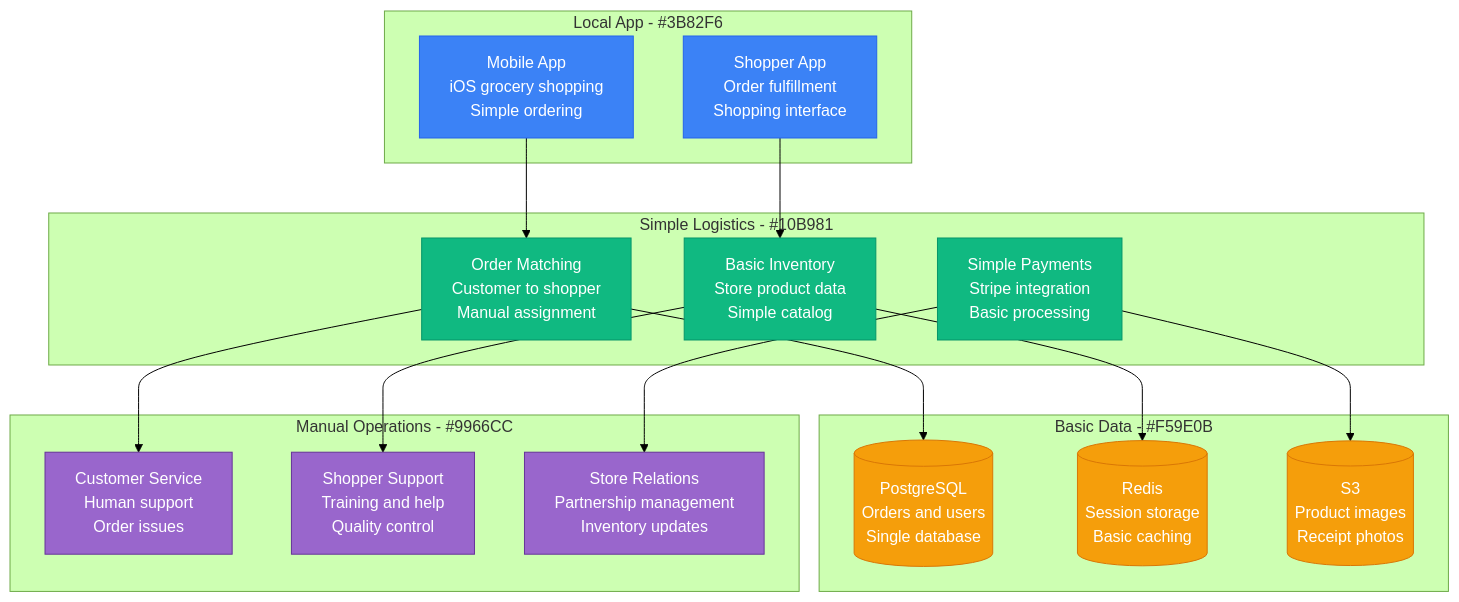
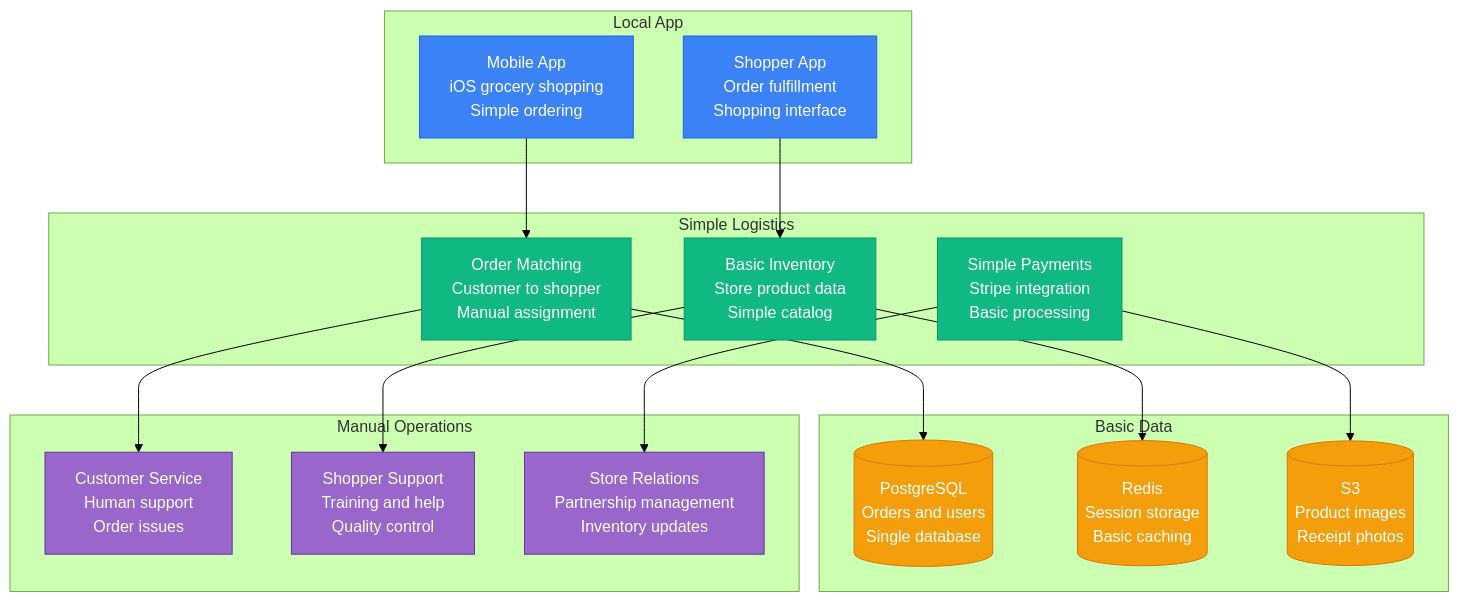
The first of 3 diagrams in site/docs/scaling/instacart-scale-evolution.md (deepaucksharma/DS), drawn with Mermaid (forest theme) before and after one commit. The commit also changed other lines of this file and 169 other files, not shown here.

````diff
--- a/site/docs/scaling/instacart-scale-evolution.md
+++ b/site/docs/scaling/instacart-scale-evolution.md
@@ -18,45 +18,45 @@
 ```mermaid
 graph TB
-    subgraph LocalApp[Local App - #3B82F6]
+    subgraph LocalApp["Local App"]
         MOBILE_APP[Mobile App<br/>iOS grocery shopping<br/>Simple ordering]
         SHOPPER_APP[Shopper App<br/>Order fulfillment<br/>Shopping interface]
     end
 
-    subgraph SimpleLogistics[Simple Logistics - #10B981]
+    subgraph SimpleLogistics["Simple Logistics"]
         ORDER_MATCHING[Order Matching<br/>Customer to shopper<br/>Manual assignment]
         INVENTORY_BASIC[Basic Inventory<br/>Store product data<br/>Simple catalog]
         PAYMENT_SIMPLE[Simple Payments<br/>Stripe integration<br/>Basic processing]
     end
 
-    subgraph BasicData[Basic Data - #F59E0B]
+    subgraph BasicData["Basic Data"]
         POSTGRES[(PostgreSQL<br/>Orders and users<br/>Single database)]
         REDIS[(Redis<br/>Session storage<br/>Basic caching)]
         S3[(S3<br/>Product images<br/>Receipt photos)]
     end
 
-    subgraph ManualOps[Manual Operations - #9966CC]
+    subgraph ManualOps["Manual Operations"]
         CUSTOMER_SERVICE[Customer Service<br/>Human support<br/>Order issues]
         SHOPPER_SUPPORT[Shopper Support<br/>Training and help<br/>Quality control]
         STORE_RELATIONS[Store Relations<br/>Partnership management<br/>Inventory updates]
     end
 
     MOBILE_APP --> ORDER_MATCHING
     SHOPPER_APP --> INVENTORY_BASIC
     ORDER_MATCHING --> POSTGRES
     INVENTORY_BASIC --> REDIS
     PAYMENT_SIMPLE --> S3
 
     ORDER_MATCHING --> CUSTOMER_SERVICE
     INVENTORY_BASIC --> SHOPPER_SUPPORT
     PAYMENT_SIMPLE --> STORE_RELATIONS
 
     classDef appStyle fill:#3B82F6,stroke:#2563EB,color:#fff
     classDef logisticsStyle fill:#10B981,stroke:#059669,color:#fff
     classDef dataStyle fill:#F59E0B,stroke:#D97706,color:#fff
     classDef opsStyle fill:#9966CC,stroke:#663399,color:#fff
 
     class MOBILE_APP,SHOPPER_APP appStyle
     class ORDER_MATCHING,INVENTORY_BASIC,PAYMENT_SIMPLE logisticsStyle
     class POSTGRES,REDIS,S3 dataStyle
     class CUSTOMER_SERVICE,SHOPPER_SUPPORT,STORE_RELATIONS opsStyle
 ```
````
